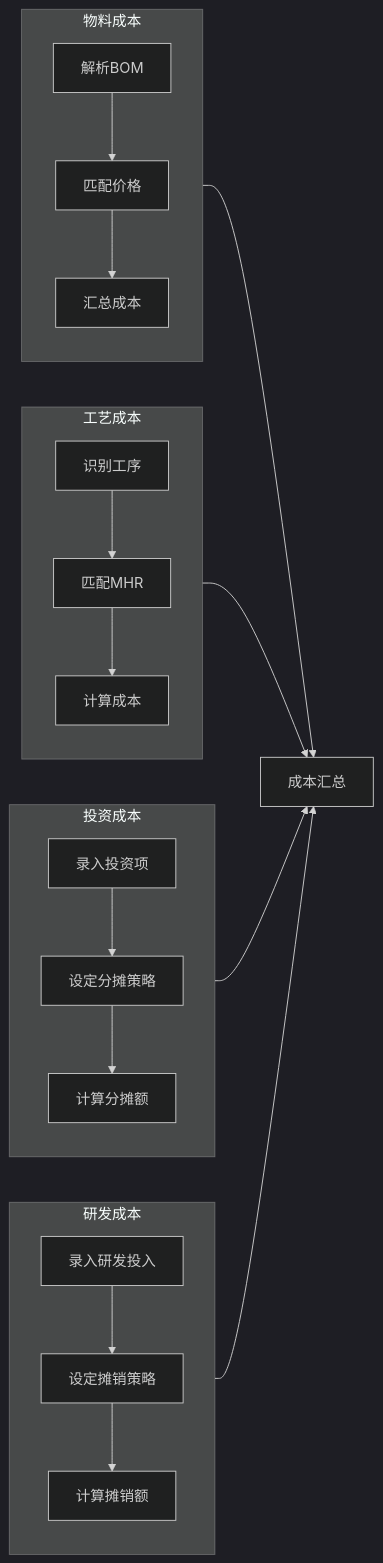
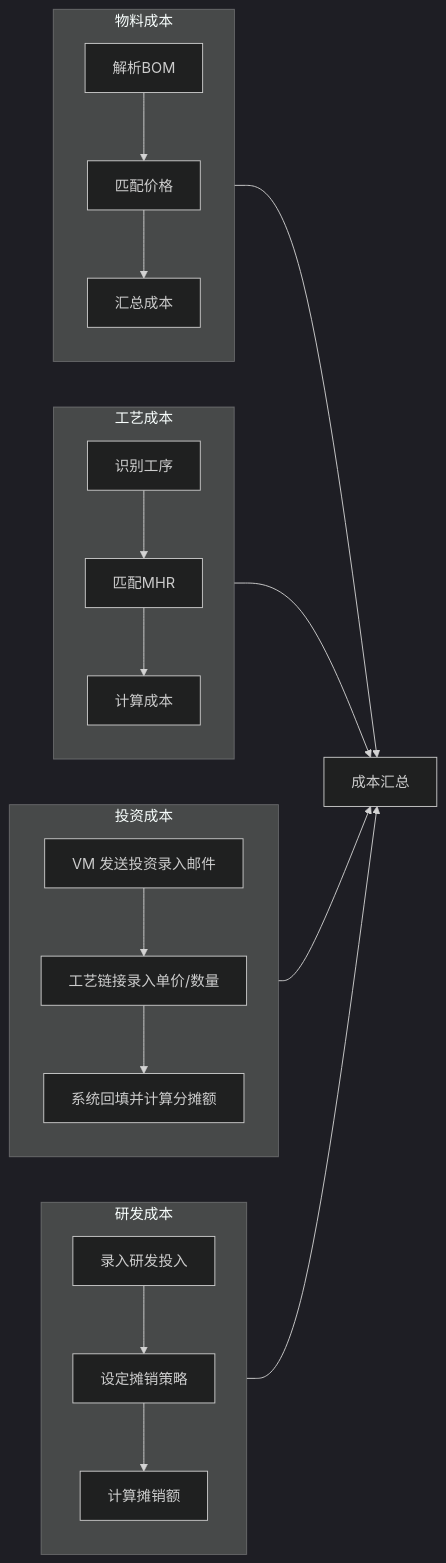
The second of 6 diagrams in docs/报价流程详解.md (randyluo85/Quoting-Copilot), drawn with Mermaid (dark theme) before and after one commit. The commit also changed other lines of this file and 14 other files, not shown here.

Commit message:
docs: sync process/investment logic and remove API-schema defs

````diff
--- a/docs/报价流程详解.md
+++ b/docs/报价流程详解.md
@@ -199,27 +203,27 @@
 ```mermaid
 flowchart LR
     subgraph Material["物料成本"]
         M1[解析BOM] --> M2[匹配价格]
         M2 --> M3[汇总成本]
     end
 
     subgraph Process["工艺成本"]
         P1[识别工序] --> P2[匹配MHR]
         P2 --> P3[计算成本]
     end
 
     subgraph Investment["投资成本"]
-        I1[录入投资项] --> I2[设定分摊策略]
-        I2 --> I3[计算分摊额]
+        I1[VM 发送投资录入邮件] --> I2[工艺链接录入单价/数量]
+        I2 --> I3[系统回填并计算分摊额]
     end
 
     subgraph RnD["研发成本"]
         R1[录入研发投入] --> R2[设定摊销策略]
         R2 --> R3[计算摊销额]
     end
 
     Material --> Summary[成本汇总]
     Process --> Summary
     Investment --> Summary
     RnD --> Summary
 ```
````
